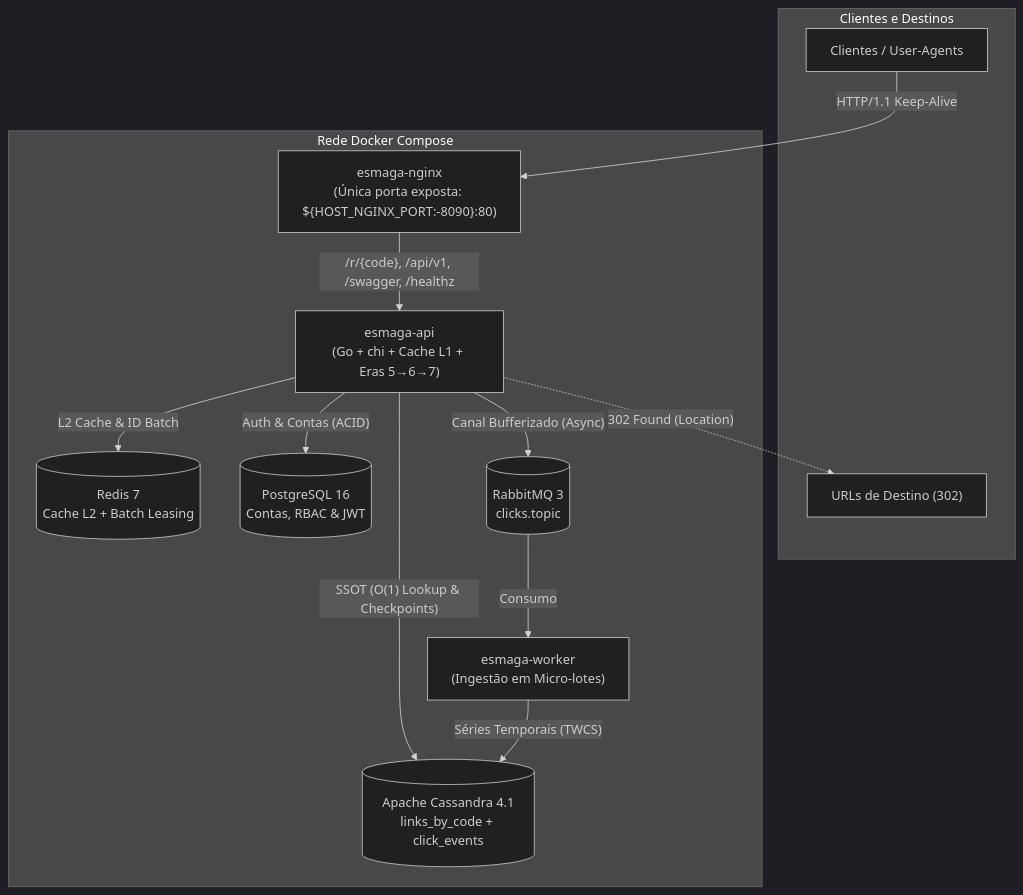
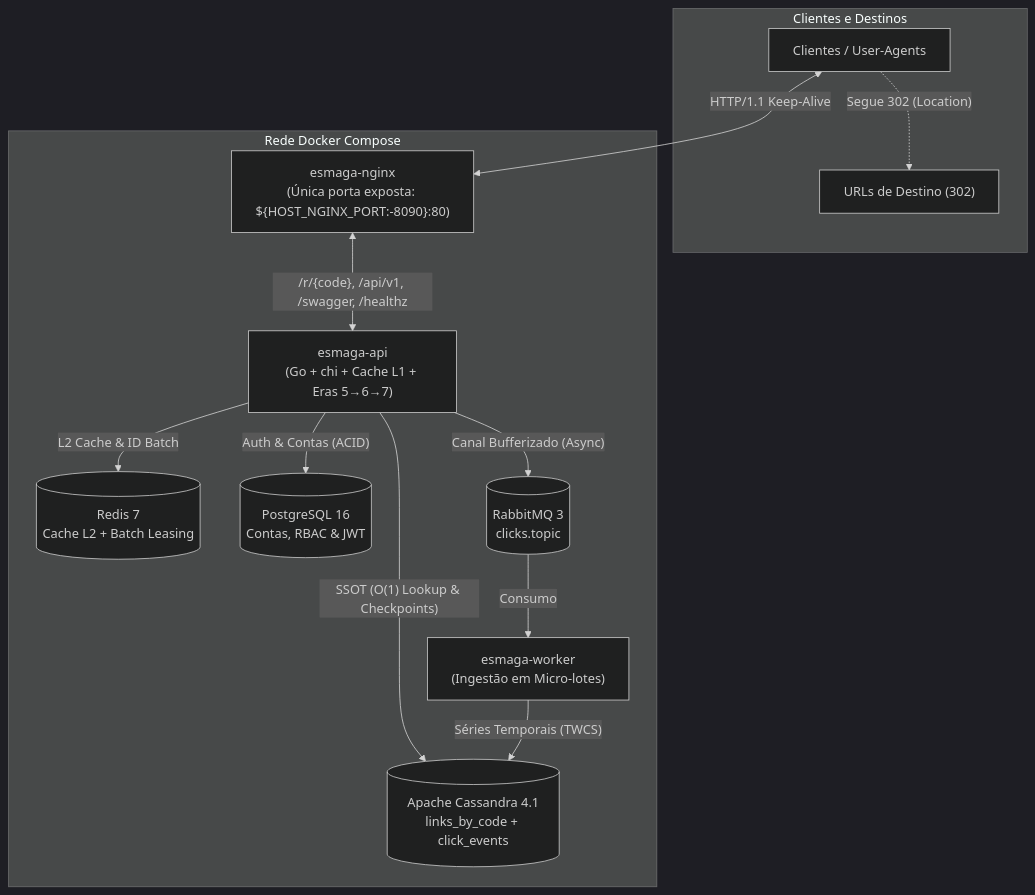
One commit to daviroodrigues/esmaga-link changed the diagram in README.md. Above: the diagram before and after it, drawn with Mermaid (dark theme). The commit also changed other lines of this file and 3 other files, not shown here.

First line of the commit message:
docs(readme): update documentation and architecture diagrams

````diff
--- a/README.md
+++ b/README.md
@@ -153,29 +153,29 @@
 ```mermaid
 flowchart TD
     subgraph External["Clientes e Destinos"]
         Clients["Clientes / User-Agents"]
         Targets["URLs de Destino (302)"]
     end
 
     subgraph Network["Rede Docker Compose"]
         Nginx["esmaga-nginx\n(Única porta exposta: ${HOST_NGINX_PORT:-8090}:80)"]
         API["esmaga-api\n(Go + chi + Cache L1 + Eras 5→6→7)"]
         Redis[("Redis 7\nCache L2 + Batch Leasing")]
         Postgres[("PostgreSQL 16\nContas, RBAC & JWT")]
         Cassandra[("Apache Cassandra 4.1\nlinks_by_code + click_events")]
         RabbitMQ[("RabbitMQ 3\nclicks.topic")]
         Worker["esmaga-worker\n(Ingestão em Micro-lotes)"]
     end
 
-    Clients -->|"HTTP/1.1 Keep-Alive"| Nginx
-    Nginx -->|"/r/{code}, /api/v1, /swagger, /healthz"| API
-    API -.->|"302 Found (Location)"| Targets
+    Clients <-->|"HTTP/1.1 Keep-Alive"| Nginx
+    Nginx <-->|"/r/{code}, /api/v1, /swagger, /healthz"| API
+    Clients -.->|"Segue 302 (Location)"| Targets
 
     API -->|"L2 Cache & ID Batch"| Redis
     API -->|"Auth & Contas (ACID)"| Postgres
     API -->|"SSOT (O(1) Lookup & Checkpoints)"| Cassandra
     API -->|"Canal Bufferizado (Async)"| RabbitMQ
 
     RabbitMQ -->|"Consumo"| Worker
     Worker -->|"Séries Temporais (TWCS)"| Cassandra
 ```
````
